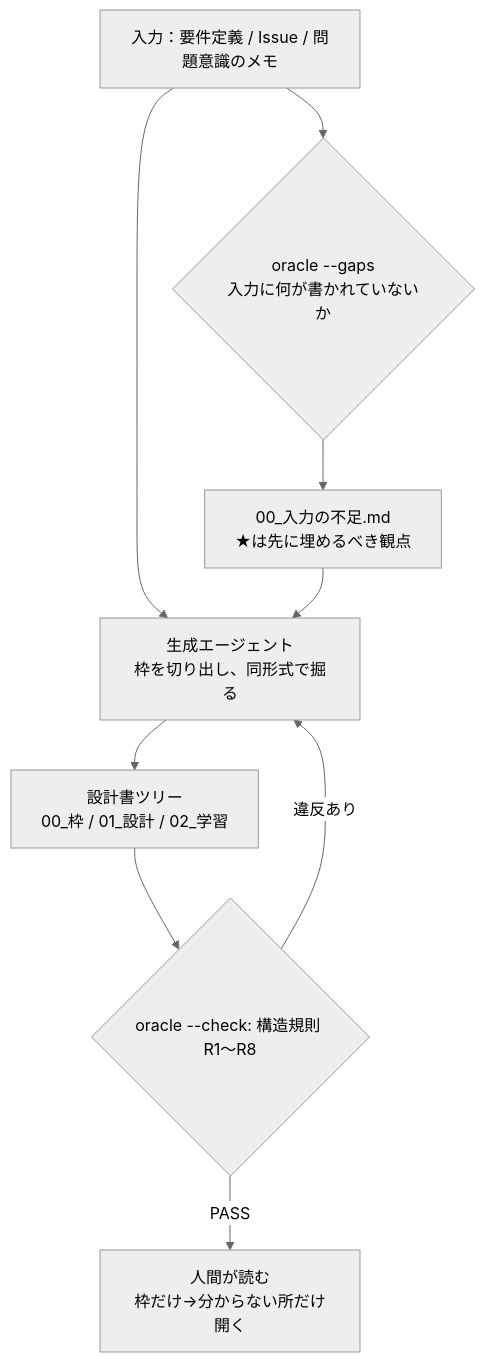
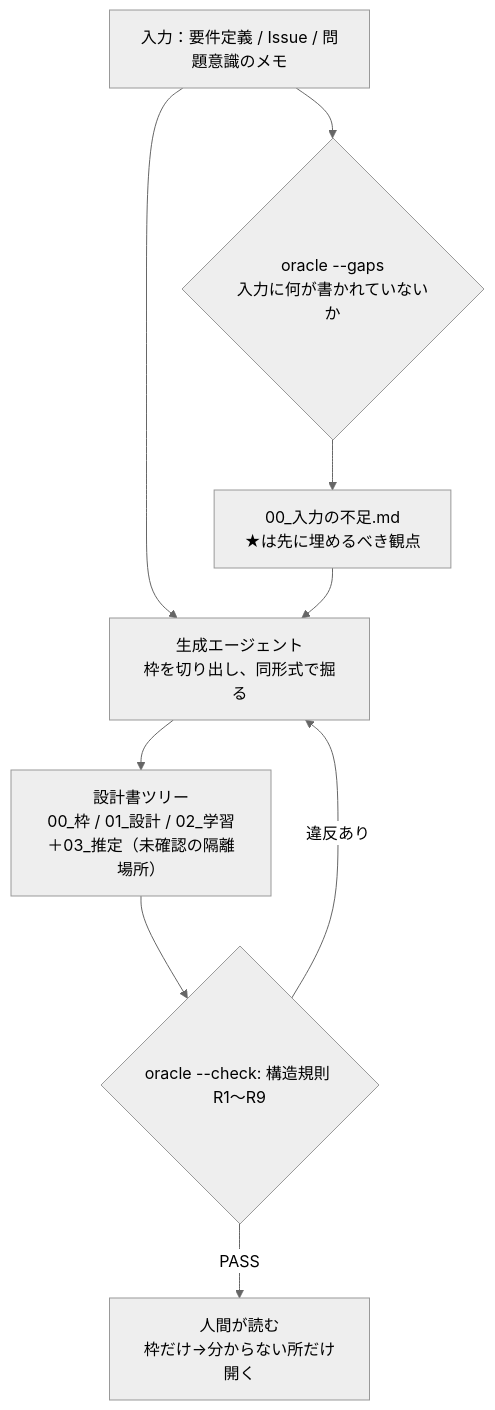
One commit to hatohato-lab/fractal-spec-agent changed the diagram in README.md. Above: the diagram before and after it, drawn with Mermaid. The commit also changed other lines of this file and 20 other files, not shown here.

````diff
--- a/README.md
+++ b/README.md
@@ -97,12 +109,12 @@
 ```mermaid
 %%{init: {'theme':'neutral'}}%%
 flowchart TD
   A["入力：要件定義 / Issue / 問題意識のメモ"] --> N{"oracle --gaps<br/>入力に何が書かれていないか"}
   N --> P["00_入力の不足.md<br/>★は先に埋めるべき観点"]
   A --> G["生成エージェント<br/>枠を切り出し、同形式で掘る"]
   P --> G
-  G --> D["設計書ツリー<br/>00_枠 / 01_設計 / 02_学習"]
-  D --> O{"oracle --check: 構造規則 R1〜R8"}
+  G --> D["設計書ツリー<br/>00_枠 / 01_設計 / 02_学習<br/>＋03_推定（未確認の隔離場所）"]
+  D --> O{"oracle --check: 構造規則 R1〜R9"}
   O -->|"違反あり"| G
   O -->|"PASS"| H["人間が読む<br/>枠だけ→分からない所だけ開く"]
 ```
````
